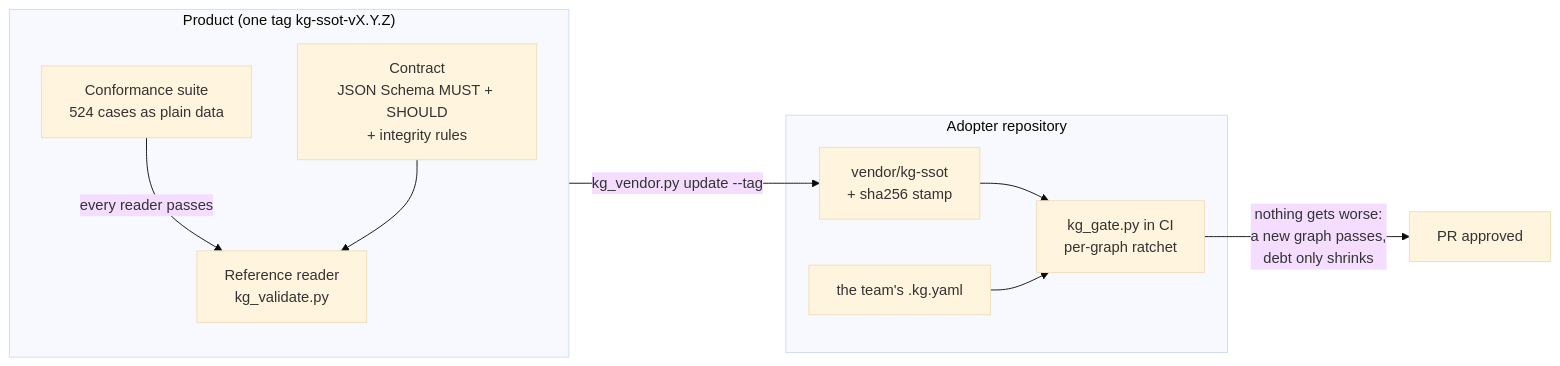
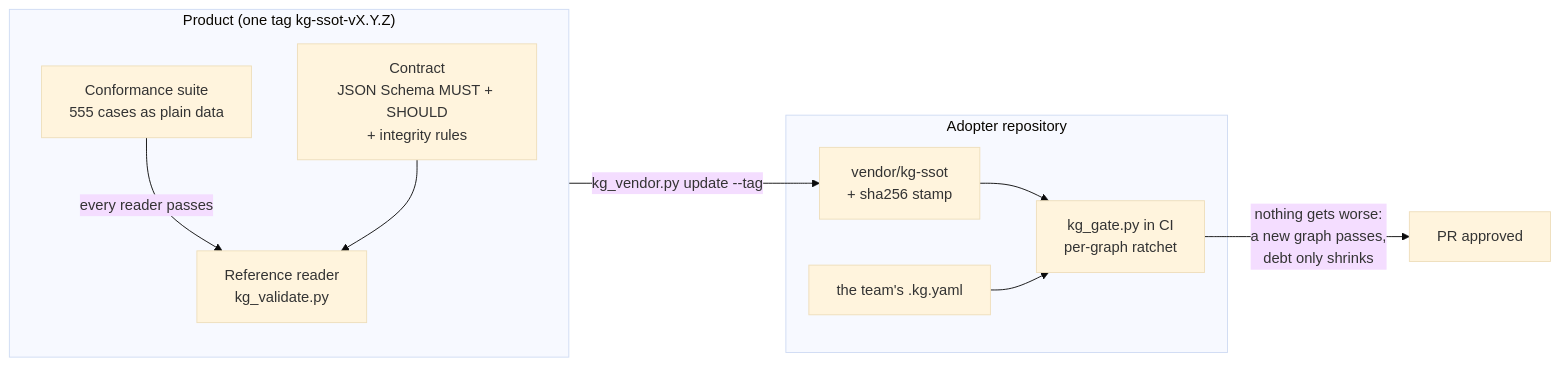
One commit to marciocar/kg-ssot changed the diagram in README.md. Above: the diagram before and after it, drawn with Mermaid (base theme). The commit also changed other lines of this file and 418 other files, not shown here.

````diff
--- a/README.md
+++ b/README.md
@@ -159,19 +159,19 @@
 ```mermaid
 flowchart LR
   subgraph product["Product (one tag kg-ssot-vX.Y.Z)"]
     C["Contract<br/>JSON Schema MUST + SHOULD<br/>+ integrity rules"]
-    S["Conformance suite<br/>524 cases as plain data"]
+    S["Conformance suite<br/>555 cases as plain data"]
     R["Reference reader<br/>kg_validate.py"]
     S -- "every reader passes" --> R
     C --> R
   end
   subgraph adopter["Adopter repository"]
     V["vendor/kg-ssot<br/>+ sha256 stamp"]
     G["kg_gate.py in CI<br/>per-graph ratchet"]
     K["the team's .kg.yaml"]
     V --> G
     K --> G
   end
   product -- "kg_vendor.py update --tag" --> V
   G -- "nothing gets worse:<br/>a new graph passes,<br/>debt only shrinks" --> PR["PR approved"]
 ```
````
